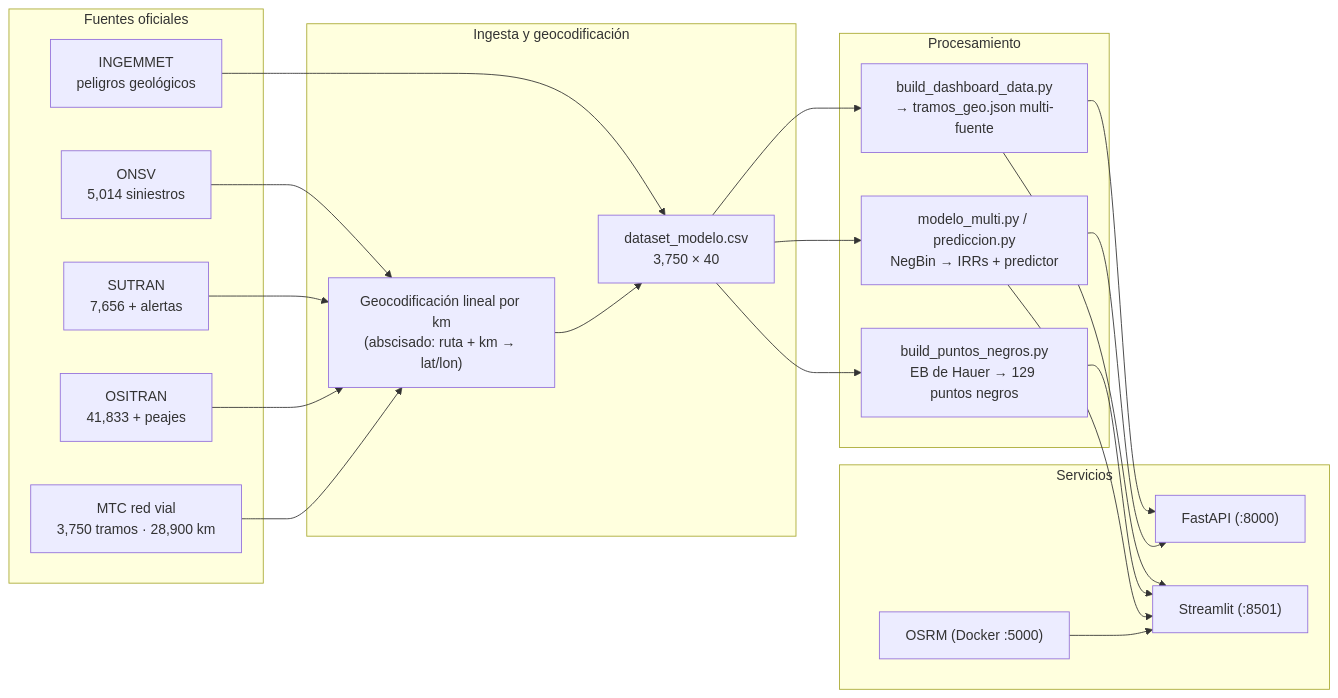
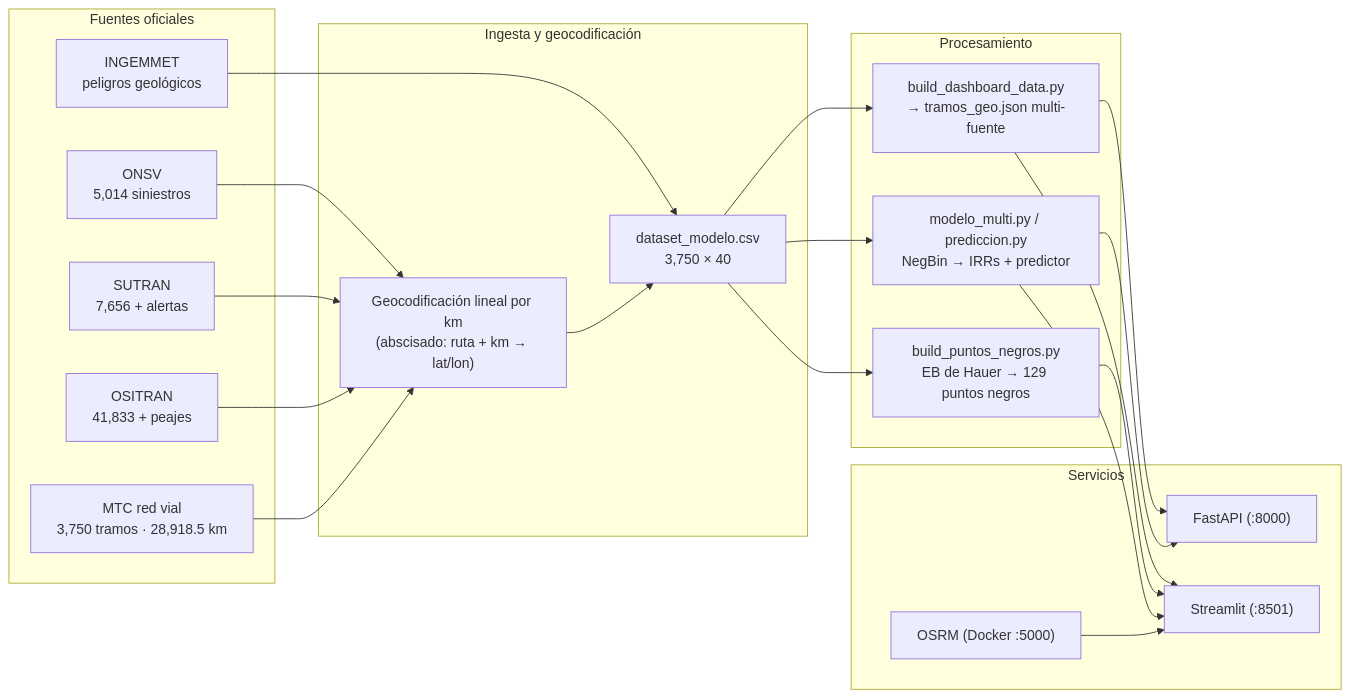
The first of 5 diagrams in README.md (Lobitoxxx/SIPAT), drawn with Mermaid before and after one commit. The commit also changed other lines of this file and 44 other files, not shown here.

````diff
--- a/README.md
+++ b/README.md
@@ -109,43 +109,43 @@
 ```mermaid
 flowchart LR
     subgraph FUENTES["Fuentes oficiales"]
         ONSV["ONSV<br/>5,014 siniestros"]
         SUTRAN["SUTRAN<br/>7,656 + alertas"]
         OSITRAN["OSITRAN<br/>41,833 + peajes"]
-        MTC["MTC red vial<br/>3,750 tramos · 28,900 km"]
+        MTC["MTC red vial<br/>3,750 tramos · 28,918.5 km"]
         INGEMMET["INGEMMET<br/>peligros geológicos"]
     end
 
     subgraph INGESTA["Ingesta y geocodificación"]
         GEOC["Geocodificación lineal por km<br/>(abscisado: ruta + km → lat/lon)"]
         MODELO["dataset_modelo.csv<br/>3,750 × 40"]
     end
 
     subgraph PROCESOS["Procesamiento"]
         BD["build_dashboard_data.py<br/>→ tramos_geo.json multi-fuente"]
         PN["build_puntos_negros.py<br/>EB de Hauer → 129 puntos negros"]
         NB["modelo_multi.py / prediccion.py<br/>NegBin → IRRs + predictor"]
     end
 
     subgraph SERVICIOS["Servicios"]
         OSRM["OSRM (Docker :5000)"]
         API["FastAPI (:8000)"]
         APP["Streamlit (:8501)"]
     end
 
     ONSV --> GEOC
     SUTRAN --> GEOC
     OSITRAN --> GEOC
     MTC --> GEOC
     INGEMMET --> MODELO
     GEOC --> MODELO
     MODELO --> BD
     MODELO --> PN
     MODELO --> NB
     BD --> APP
     PN --> APP
     NB --> APP
     OSRM --> APP
     BD --> API
     NB --> API
 ```
````
